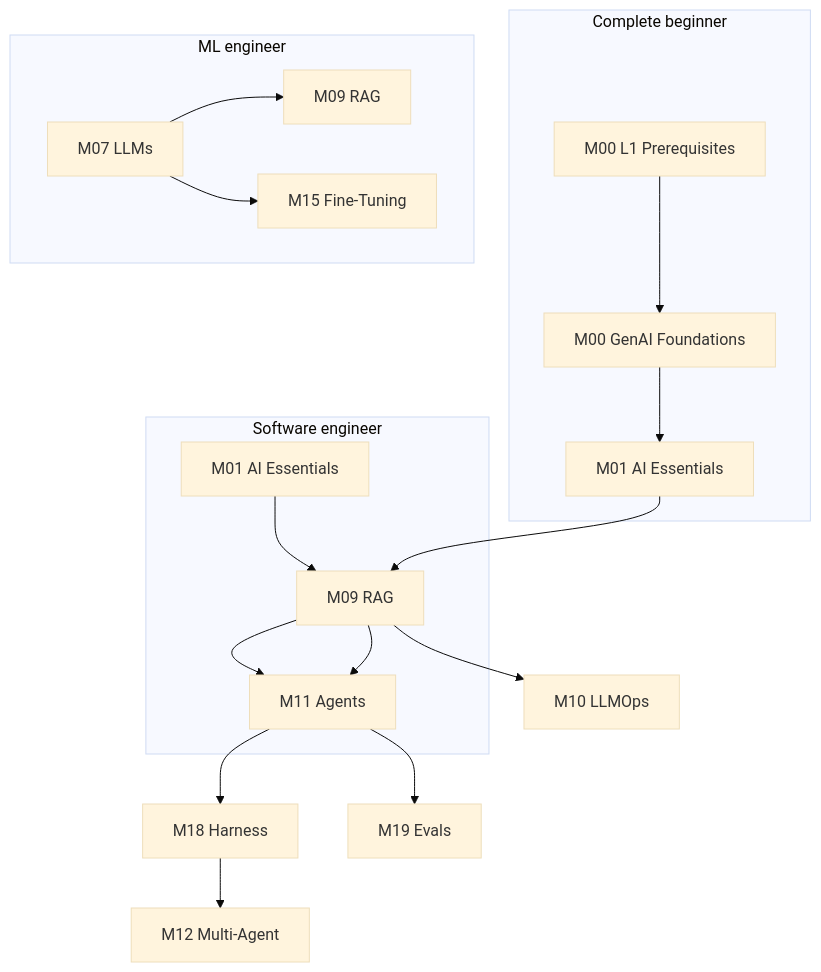
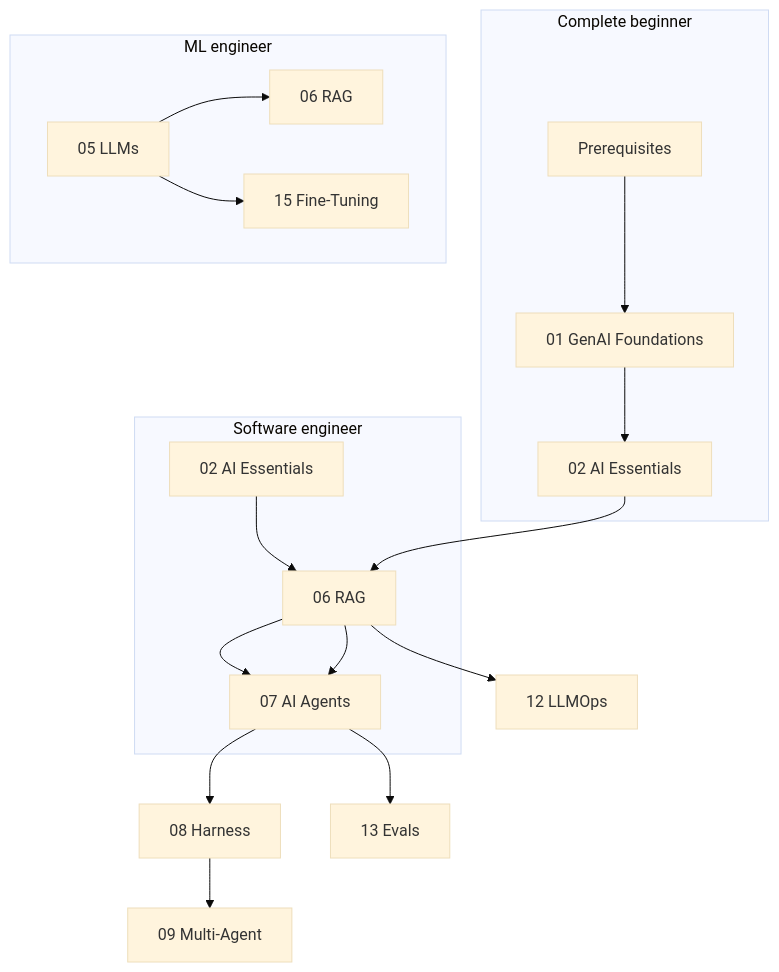
The diagram in docs/start-here.md (psssnikhil/learn-ai-engineering), drawn with Mermaid (base theme) before and after one commit. The commit also changed other lines of this file and 12 other files, not shown here.

````diff
--- a/docs/start-here.md
+++ b/docs/start-here.md
@@ -61,28 +66,28 @@
 ```mermaid
 flowchart TB
   subgraph Beginner["Complete beginner"]
-    P[M00 L1 Prerequisites]
-    M00[M00 GenAI Foundations]
-    M01[M01 AI Essentials]
-    P --> M00 --> M01
+    P[Prerequisites]
+    C01[01 GenAI Foundations]
+    C02[02 AI Essentials]
+    P --> C01 --> C02
   end
   subgraph SWE["Software engineer"]
-    M01b[M01 AI Essentials]
-    M09[M09 RAG]
-    M11[M11 Agents]
-    M01b --> M09 --> M11
+    C02b[02 AI Essentials]
+    C06[06 RAG]
+    C07[07 AI Agents]
+    C02b --> C06 --> C07
   end
   subgraph ML["ML engineer"]
-    M07[M07 LLMs]
-    M09b[M09 RAG]
-    M15[M15 Fine-Tuning]
-    M07 --> M09b
-    M07 --> M15
+    C05[05 LLMs]
+    C06b[06 RAG]
+    C15[15 Fine-Tuning]
+    C05 --> C06b
+    C05 --> C15
   end
-  M01 --> M09
-  M09 --> M11
-  M11 --> M18[M18 Harness]
-  M18 --> M12[M12 Multi-Agent]
-  M11 --> M19[M19 Evals]
-  M09 --> M10[M10 LLMOps]
+  C02 --> C06
+  C06 --> C07
+  C07 --> C08[08 Harness]
+  C08 --> C09[09 Multi-Agent]
+  C07 --> C13[13 Evals]
+  C06 --> C12[12 LLMOps]
 ```
````
